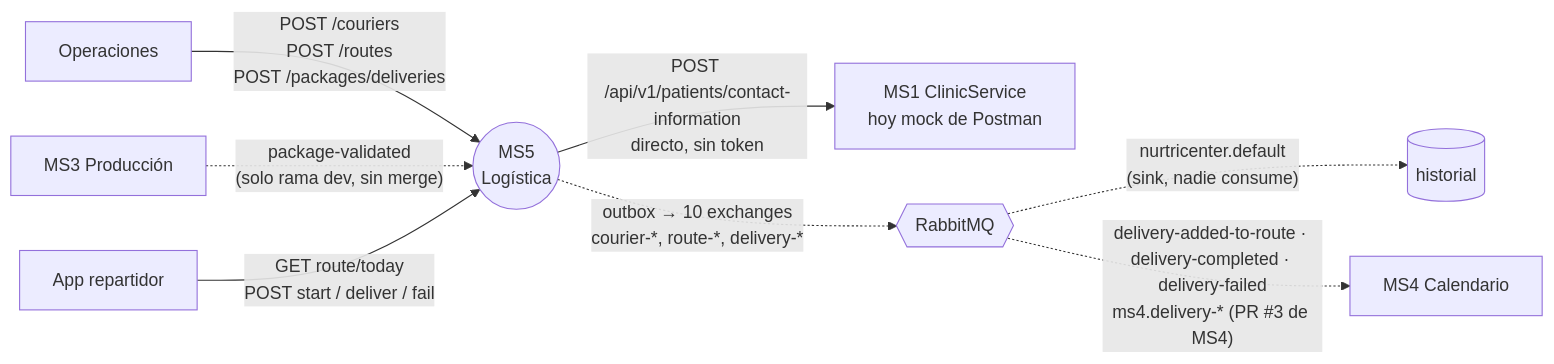
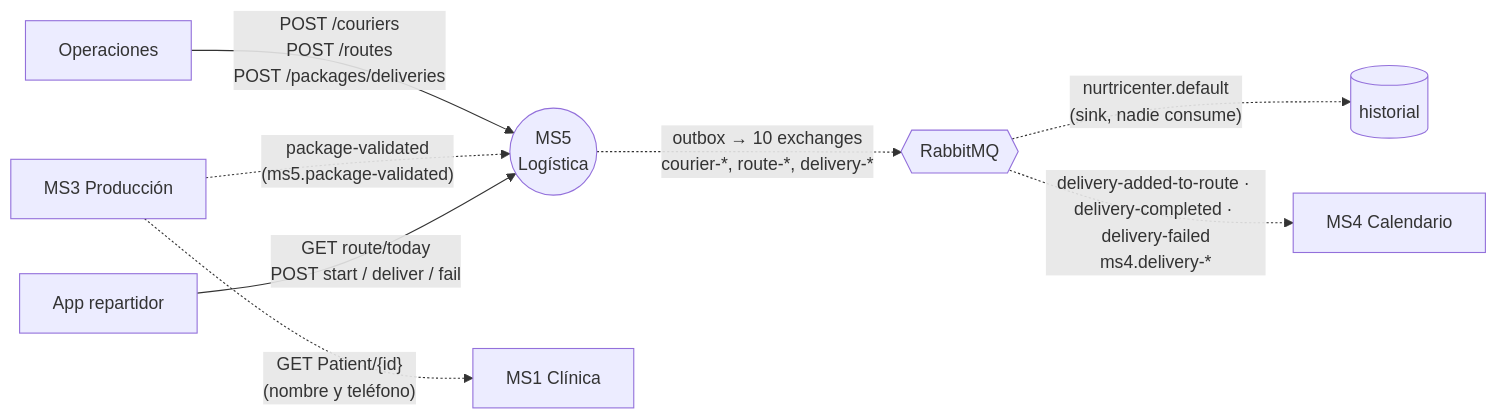
One commit to Nur-tricenter/knowledge changed the diagram in services/ms5-logistics/README.md. Above: the diagram before and after it, drawn with Mermaid. The commit also changed other lines of this file and 30 other files, not shown here.

````diff
--- a/services/ms5-logistics/README.md
+++ b/services/ms5-logistics/README.md
@@ -36,10 +36,10 @@
 ```mermaid
 flowchart LR
   OPS[Operaciones] -- "POST /couriers<br/>POST /routes<br/>POST /packages/deliveries" --> MS5((MS5<br/>Logística))
-  MS3[MS3 Producción] -. "package-validated<br/>(solo rama dev, sin merge)" .-> MS5
+  MS3[MS3 Producción] -. "package-validated<br/>(ms5.package-validated)" .-> MS5
   FE[App repartidor] -- "GET route/today<br/>POST start / deliver / fail" --> MS5
-  MS5 -- "POST /api/v1/patients/contact-information<br/>directo, sin token" --> CS[MS1 ClinicService<br/>hoy mock de Postman]
+  MS3 -. "GET Patient/{id}<br/>(nombre y teléfono)" .-> MS1[MS1 Clínica]
   MS5 -. "outbox → 10 exchanges<br/>courier-*, route-*, delivery-*" .-> MQ{{RabbitMQ}}
   MQ -. "nurtricenter.default<br/>(sink, nadie consume)" .-> SINK[(historial)]
-  MQ -. "delivery-added-to-route · delivery-completed · delivery-failed<br/>ms4.delivery-* (PR #3 de MS4)" .-> MS4[MS4 Calendario]
+  MQ -. "delivery-added-to-route · delivery-completed · delivery-failed<br/>ms4.delivery-*" .-> MS4[MS4 Calendario]
 ```
````
